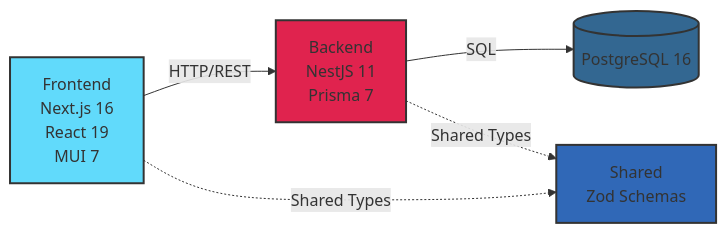
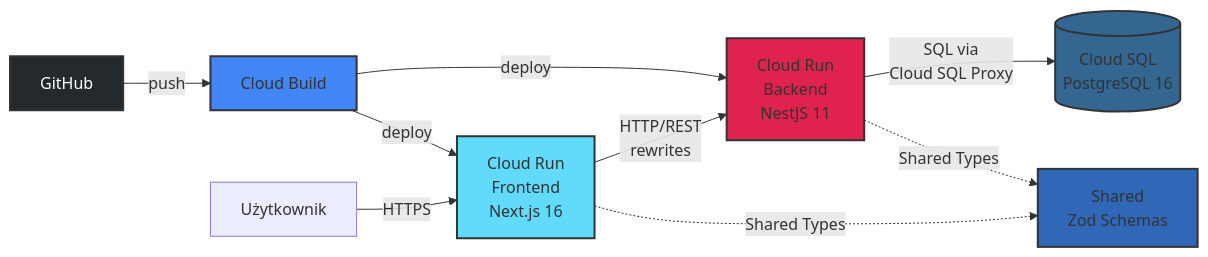
The diagram in README.md (KacperGora/GymPal-Fullstack), drawn with Mermaid before and after one commit. The commit also changed other lines of this file, not shown here.

````diff
--- a/README.md
+++ b/README.md
@@ -57,12 +57,18 @@
 ```mermaid
 graph LR
-    A[Frontend<br/>Next.js 16<br/>React 19<br/>MUI 7] -->|HTTP/REST| B[Backend<br/>NestJS 11<br/>Prisma 7]
-    B -->|SQL| C[(PostgreSQL 16)]
+    U[Użytkownik] -->|HTTPS| A
+    A[Cloud Run<br/>Frontend<br/>Next.js 16] -->|HTTP/REST<br/>rewrites| B[Cloud Run<br/>Backend<br/>NestJS 11]
+    B -->|SQL via<br/>Cloud SQL Proxy| C[(Cloud SQL<br/>PostgreSQL 16)]
     A -.->|Shared Types| D[Shared<br/>Zod Schemas]
     B -.->|Shared Types| D
+    GH[GitHub] -->|push| CB[Cloud Build]
+    CB -->|deploy| A
+    CB -->|deploy| B
 
     style A fill:#61dafb,stroke:#333,stroke-width:2px
     style B fill:#e0234e,stroke:#333,stroke-width:2px
     style C fill:#336791,stroke:#333,stroke-width:2px
     style D fill:#3068b7,stroke:#333,stroke-width:2px
+    style CB fill:#4285f4,stroke:#333,stroke-width:2px
+    style GH fill:#24292e,color:#fff,stroke:#333,stroke-width:2px
 ```
````
